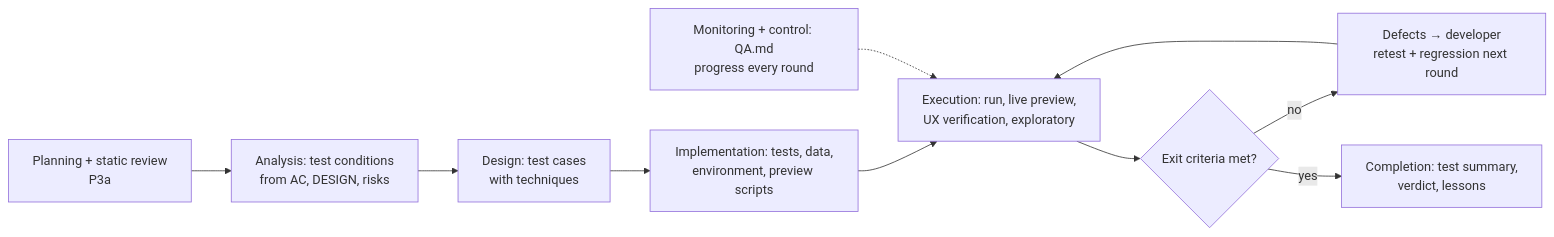
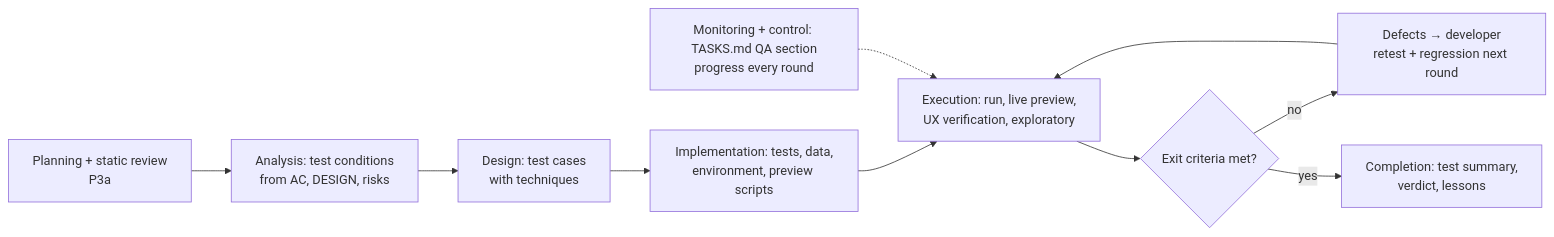
The diagram in skills/test-process/references/process.md (Tuan-Quyen/technical-teams), drawn with Mermaid before and after one commit. The commit also changed other lines of this file and 19 other files, not shown here.

````diff
--- a/skills/test-process/references/process.md
+++ b/skills/test-process/references/process.md
@@ -18,12 +18,12 @@
 ```mermaid
 flowchart LR
   P[Planning + static review\nP3a] --> A[Analysis: test conditions\nfrom AC, DESIGN, risks]
   A --> D[Design: test cases\nwith techniques]
   D --> I[Implementation: tests, data,\nenvironment, preview scripts]
   I --> E[Execution: run, live preview,\nUX verification, exploratory]
   E --> R{Exit criteria met?}
   R -- no --> DF[Defects → developer\nretest + regression next round]
   DF --> E
   R -- yes --> C[Completion: test summary,\nverdict, lessons]
-  M[Monitoring + control: QA.md\nprogress every round] -.-> E
+  M[Monitoring + control: TASKS.md QA section\nprogress every round] -.-> E
 ```
````
